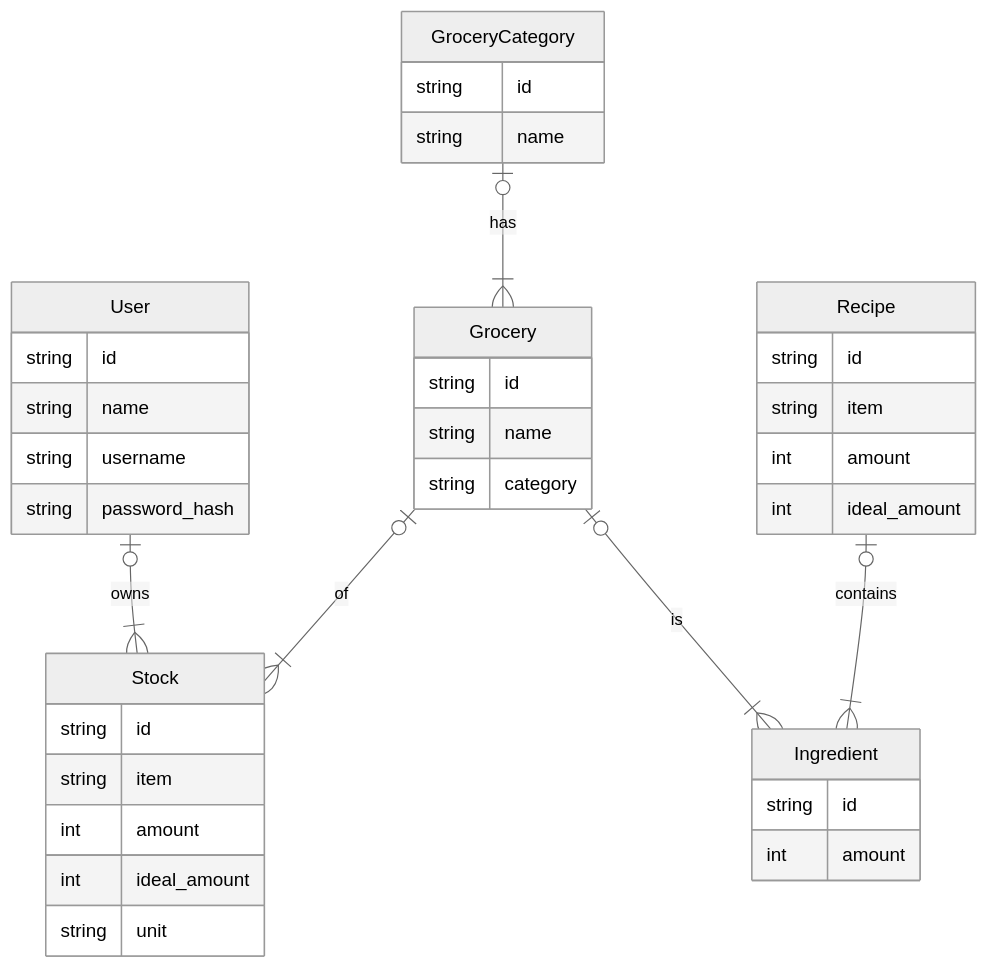
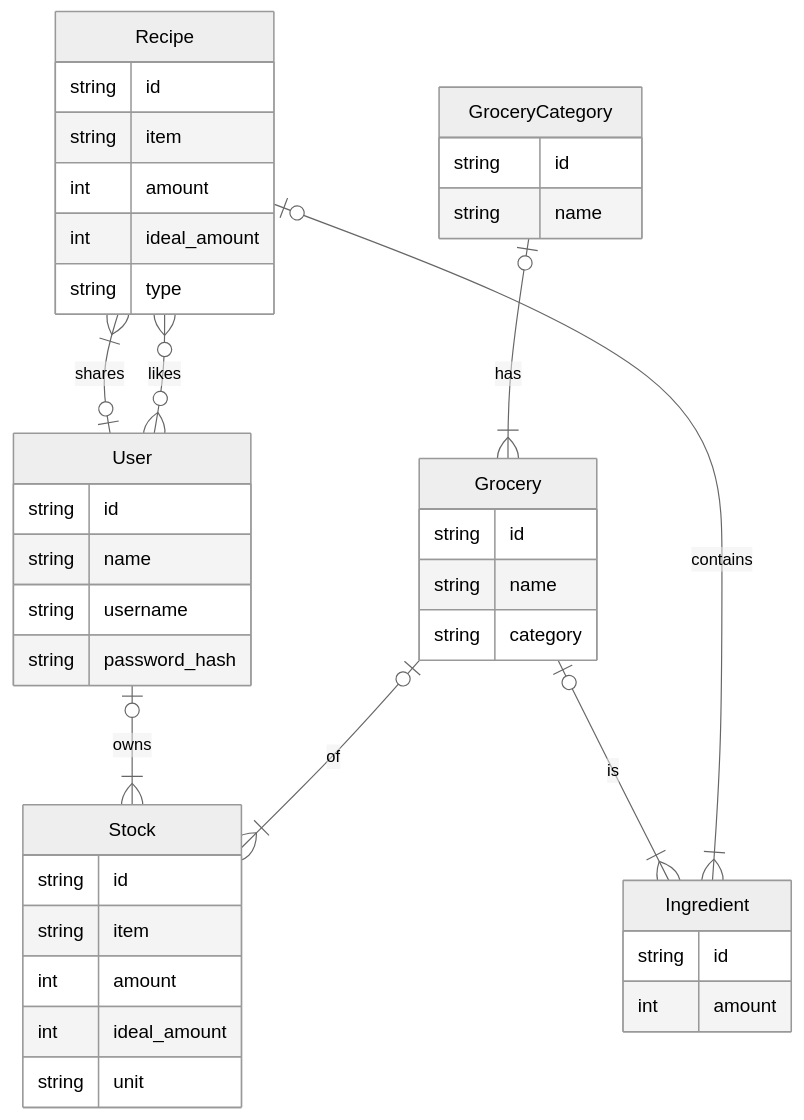
The diagram in docs/erdiagram.md (danielplan/wastend), drawn with Mermaid (neutral theme) before and after one commit. The commit also changed 1 other file, not shown here.

Commit message:
expanded er diagram

````diff
--- a/docs/erdiagram.md
+++ b/docs/erdiagram.md
@@ -3,40 +3,43 @@
 ```mermaid
 erDiagram
     User {
         string id
         string name
         string username
         string password_hash
     }
     Grocery {
         string id
         string name
         string category
     }
     GroceryCategory {
         string id
         string name
     }
     Stock {
         string id
         string item
         int amount
         int ideal_amount
         string unit
     }
     Ingredient {
         string id
         int amount
     }
     Recipe {
         string id
         string item
         int amount
         int ideal_amount
+        string type
     }
+    Recipe }|--|o User : shares
     GroceryCategory o|--|{ Grocery : has
     User o|--|{ Stock : owns
     Grocery o|--|{ Stock : of
     Grocery o|--|{ Ingredient : is
     Recipe o|--|{ Ingredient : contains
+    Recipe o{--}o User : likes
 ```
````
